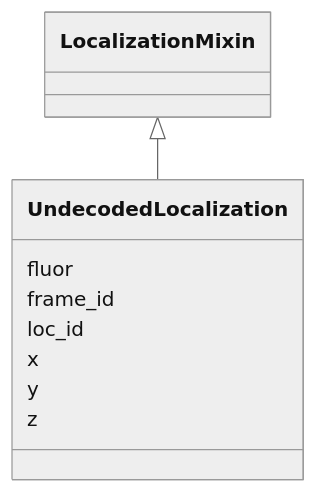
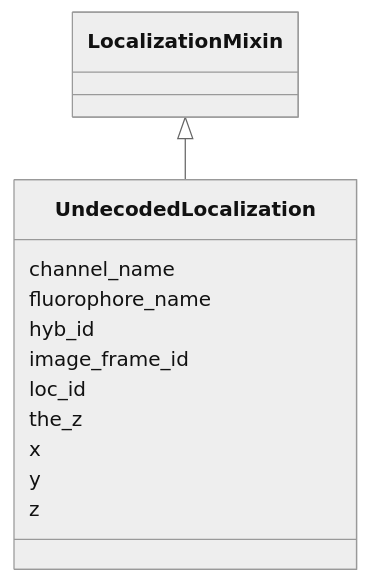
One commit to strambc/fof-ct-linkml changed the diagram in docs/vol/UndecodedLocalization.md. Above: the diagram before and after it, drawn with Mermaid (neutral theme). The commit also changed other lines of this file and 187 other files, not shown here.

First line of the commit message:
Align LinkML schema with FOF-CT RTD (review_updates)

````diff
--- a/docs/vol/UndecodedLocalization.md
+++ b/docs/vol/UndecodedLocalization.md
@@ -23,21 +23,27 @@
 ```mermaid
  classDiagram
     class UndecodedLocalization
     click UndecodedLocalization href "../UndecodedLocalization/"
       LocalizationMixin <|-- UndecodedLocalization
         click LocalizationMixin href "../LocalizationMixin/"
       
-      UndecodedLocalization : fluor
+      UndecodedLocalization : channel_name
         
-      UndecodedLocalization : frame_id
+      UndecodedLocalization : fluorophore_name
+        
+      UndecodedLocalization : hyb_id
+        
+      UndecodedLocalization : image_frame_id
         
       UndecodedLocalization : loc_id
+        
+      UndecodedLocalization : the_z
         
       UndecodedLocalization : x
         
       UndecodedLocalization : y
         
       UndecodedLocalization : z
         
       
 ```
````
